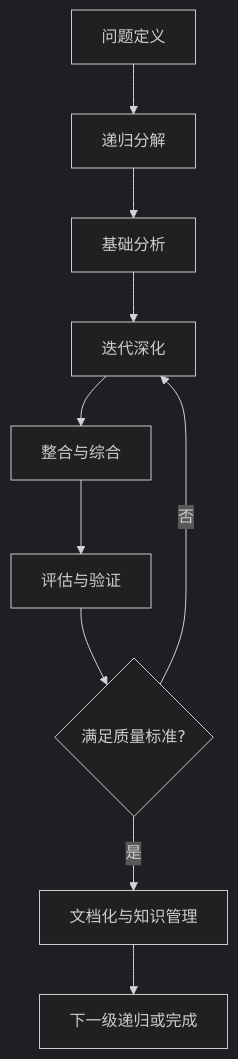
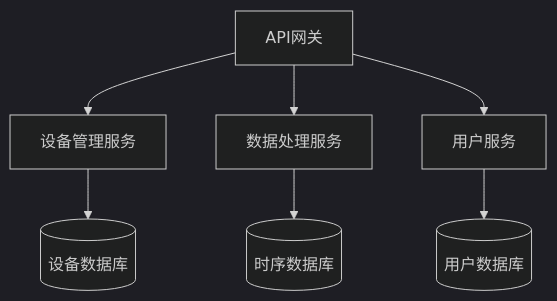
The diagram in docs/Analysis/core_context_files/递归迭代开发流程指南.md (AdaMartin18010/IOT), drawn with Mermaid (dark theme) before and after one commit. The commit also changed other lines of this file and 5 other files, not shown here.

````diff
--- a/docs/Analysis/core_context_files/递归迭代开发流程指南.md
+++ b/docs/Analysis/core_context_files/递归迭代开发流程指南.md
@@ -36,12 +327,9 @@
 ```mermaid
 graph TD
-    A[问题定义] --> B[递归分解]
-    B --> C[基础分析]
-    C --> D[迭代深化]
-    D --> E[整合与综合]
-    E --> F[评估与验证]
-    F --> G{满足质量标准?}
-    G -->|否| D
-    G -->|是| H[文档化与知识管理]
-    H --> I[下一级递归或完成]
+    A[API网关] --> B[设备管理服务]
+    A --> C[数据处理服务]
+    A --> D[用户服务]
+    B --> E[(设备数据库)]
+    C --> F[(时序数据库)]
+    D --> G[(用户数据库)]
 ```
````
